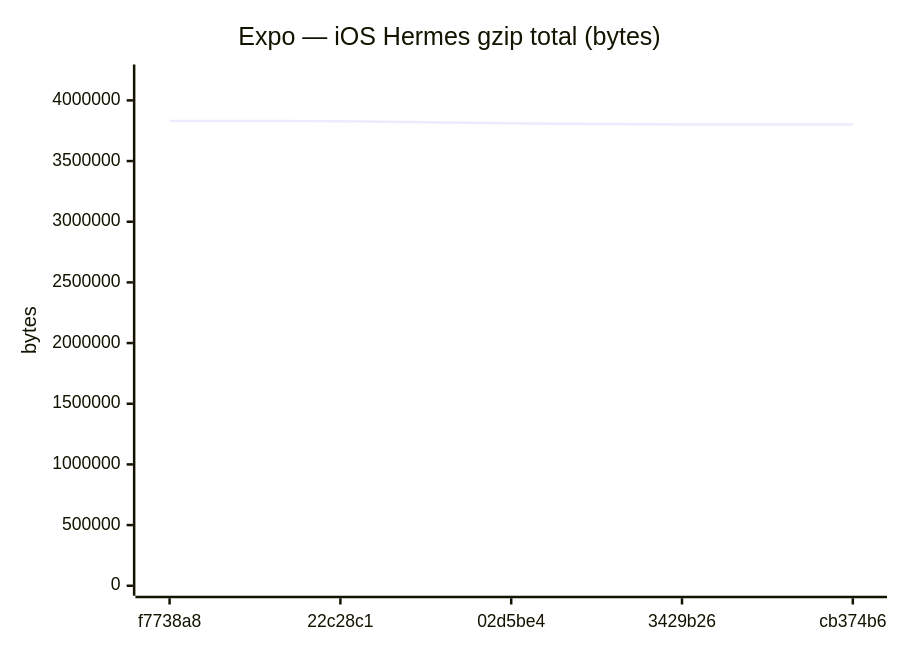
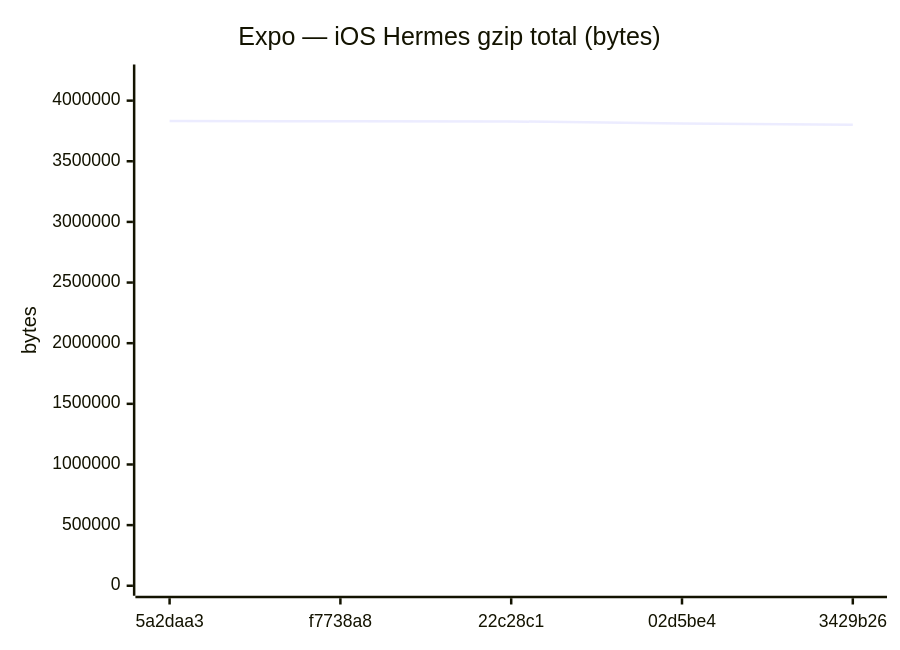
One commit to Metaheurist/Rianell changed diagram 12 of 18 in benchmarks/compare.md. Above: the diagram before and after it, drawn with Mermaid. The commit also changed other lines of this file and 11 other files, not shown here.

````diff
--- a/benchmarks/compare.md
+++ b/benchmarks/compare.md
@@ -179,7 +179,7 @@
 ```mermaid
 xychart-beta
     title "Expo — iOS Hermes gzip total (bytes)"
-    x-axis ["f7738a8", "22c28c1", "02d5be4", "3429b26", "cb374b6"]
-    y-axis "bytes" 0 --> 4213326
-    line [3830296, 3828818, 3810818, 3801309, 3801305]
+    x-axis ["5a2daa3", "f7738a8", "22c28c1", "02d5be4", "3429b26"]
+    y-axis "bytes" 0 --> 4215522
+    line [3832292, 3830296, 3828818, 3810818, 3801309]
 ```
````
